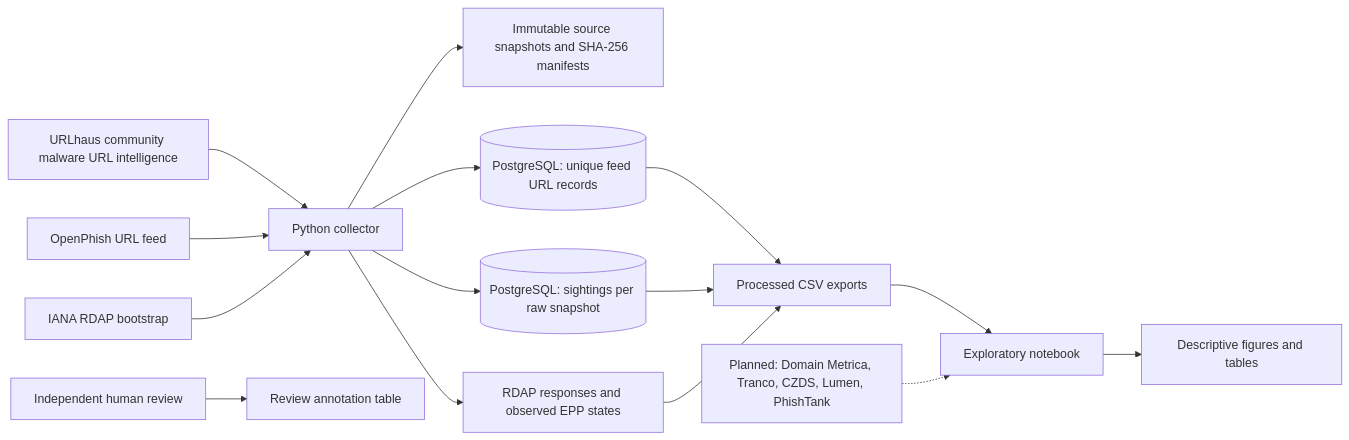
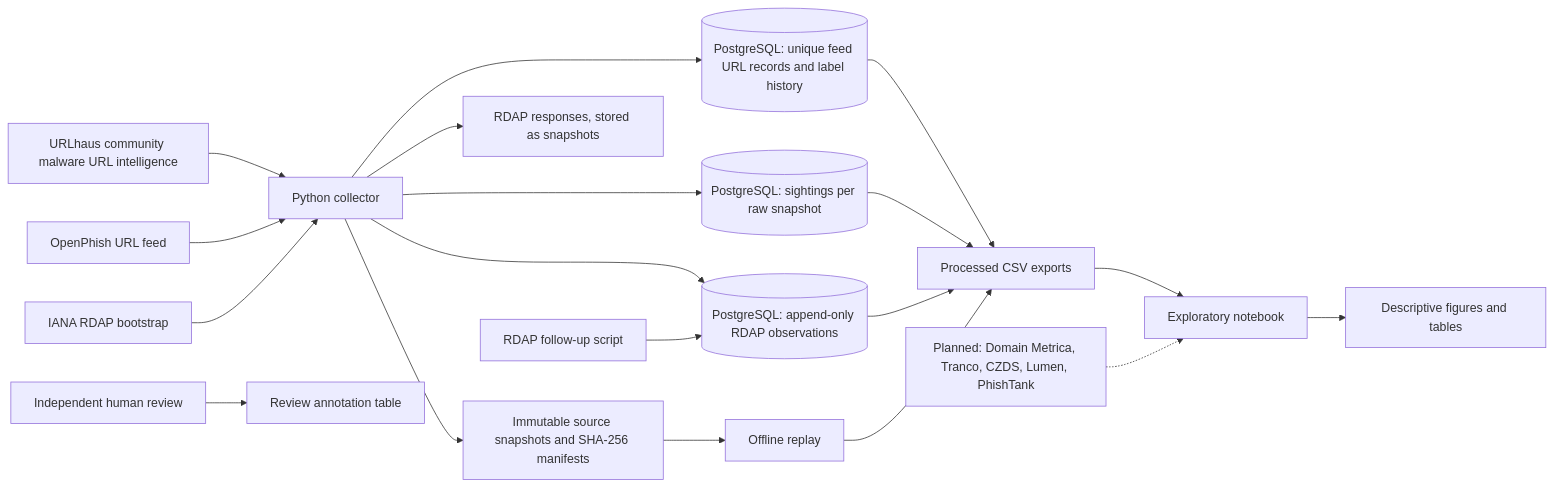
One commit to soyames/dns-abuse-proportionality changed the diagram in docs/architecture.md. Above: the diagram before and after it, drawn with Mermaid. The commit also changed other lines of this file and 21 other files, not shown here.

````diff
--- a/docs/architecture.md
+++ b/docs/architecture.md
@@ -3,17 +3,21 @@
 ```mermaid
 flowchart LR
     U[URLhaus community malware URL intelligence] --> P[Python collector]
     O[OpenPhish URL feed] --> P
     P --> R[Immutable source snapshots and SHA-256 manifests]
-    P --> D[(PostgreSQL: unique feed URL records)]
+    R --> V[Offline replay]
+    P --> D[(PostgreSQL: unique feed URL records and label history)]
     P --> S[(PostgreSQL: sightings per raw snapshot)]
     I[IANA RDAP bootstrap] --> P
-    P --> X[RDAP responses and observed EPP states]
+    P --> X[RDAP responses, stored as snapshots]
+    P --> H2[(PostgreSQL: append-only RDAP observations)]
+    FU[RDAP follow-up script] --> H2
     D --> E[Processed CSV exports]
     S --> E
-    X --> E
+    H2 --> E
+    V --> E
     E --> N[Exploratory notebook]
     N --> F[Descriptive figures and tables]
     H[Independent human review] --> A[Review annotation table]
     DM[Planned: Domain Metrica, Tranco, CZDS, Lumen, PhishTank] -.-> N
 ```
````
